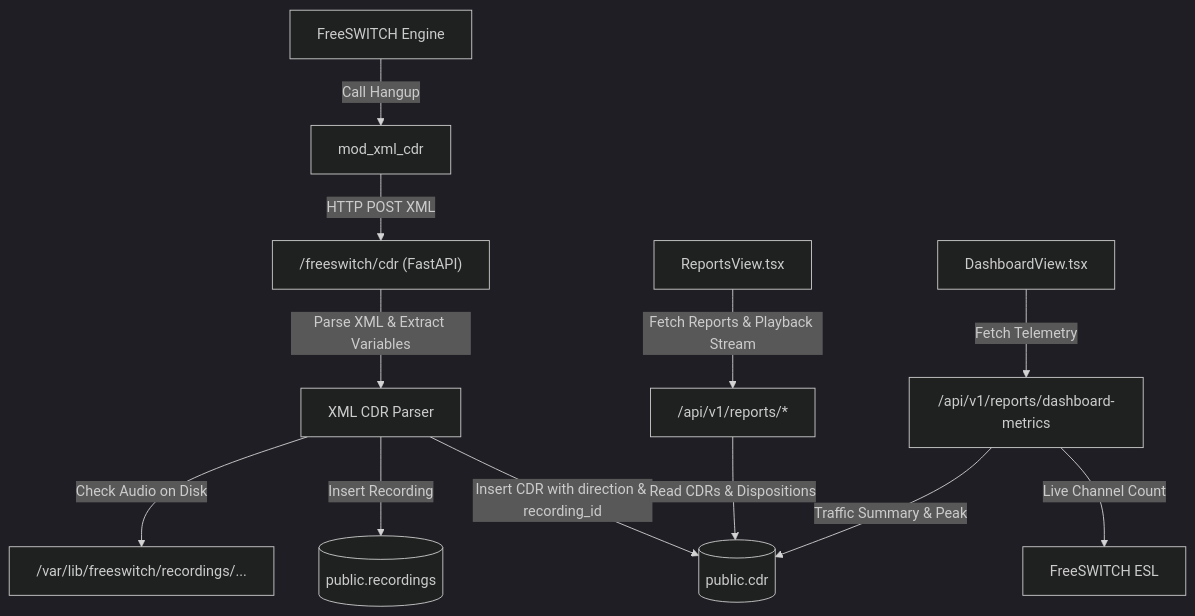
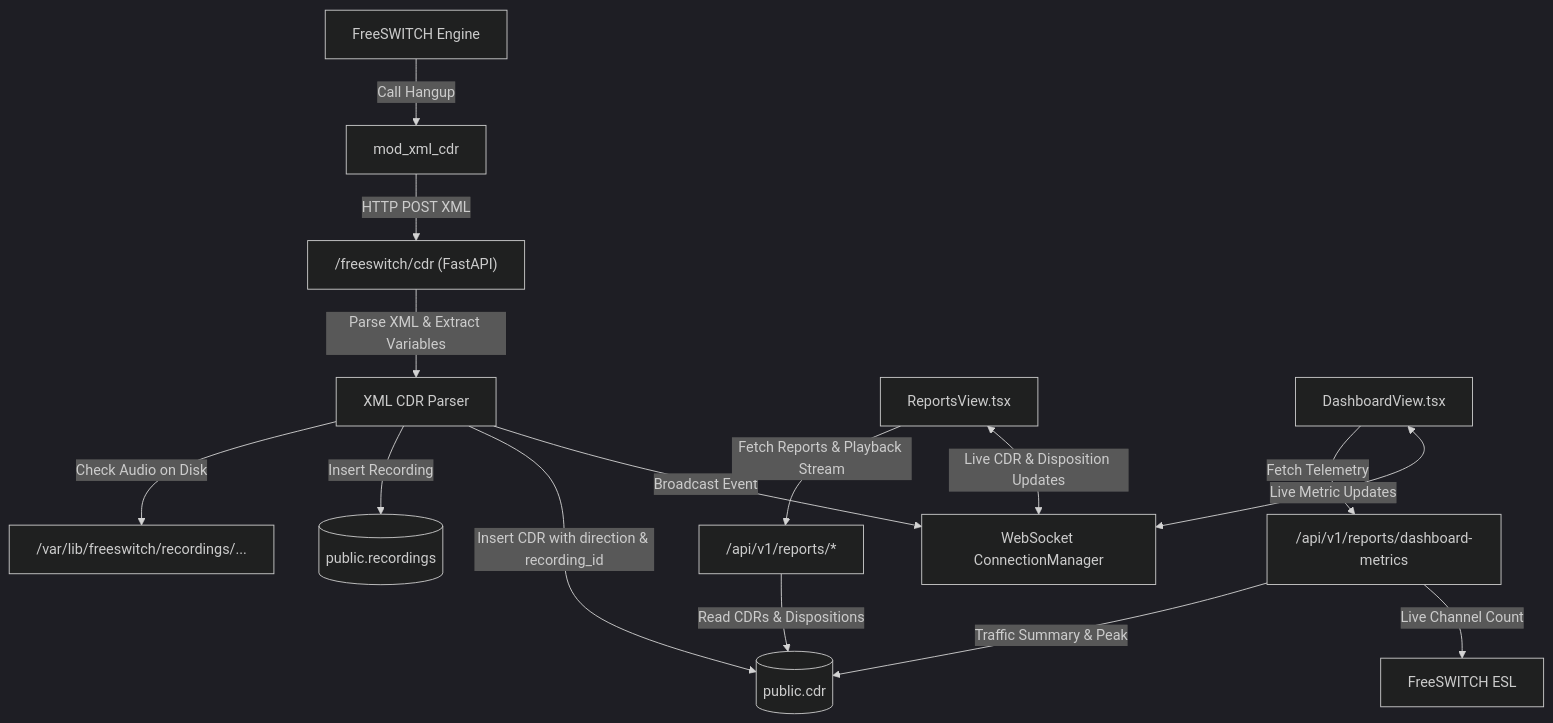
The diagram in docs/superpowers/specs/2026-10-14-cdr-reports-telemetry-design.md (ChetanGJha/PBX-backend), drawn with Mermaid (dark theme) before and after one commit. The commit also changed other lines of this file, not shown here.

Commit message:
docs: add real-time websocket streaming architecture to sub-project 2 spec

````diff
--- a/docs/superpowers/specs/2026-10-14-cdr-reports-telemetry-design.md
+++ b/docs/superpowers/specs/2026-10-14-cdr-reports-telemetry-design.md
@@ -14,16 +15,19 @@
 ```mermaid
 flowchart TD
     FS[FreeSWITCH Engine] -->|Call Hangup| XMLCDR[mod_xml_cdr]
     XMLCDR -->|HTTP POST XML| API["/freeswitch/cdr (FastAPI)"]
     API -->|Parse XML & Extract Variables| Parser[XML CDR Parser]
     Parser -->|Check Audio on Disk| Disk["/var/lib/freeswitch/recordings/..."]
     Parser -->|Insert Recording| RecDB[(public.recordings)]
     Parser -->|Insert CDR with direction & recording_id| CdrDB[(public.cdr)]
+    Parser -->|Broadcast Event| WSManager[WebSocket ConnectionManager]
     
     ReportsAPI["/api/v1/reports/*"] -->|Read CDRs & Dispositions| CdrDB
     DashboardAPI["/api/v1/reports/dashboard-metrics"] -->|Traffic Summary & Peak| CdrDB
     DashboardAPI -->|Live Channel Count| ESL[FreeSWITCH ESL]
     
     UIReports[ReportsView.tsx] -->|Fetch Reports & Playback Stream| ReportsAPI
+    UIReports <-->|Live CDR & Disposition Updates| WSManager
     UIDashboard[DashboardView.tsx] -->|Fetch Telemetry| DashboardAPI
+    UIDashboard <-->|Live Metric Updates| WSManager
 ```
````
